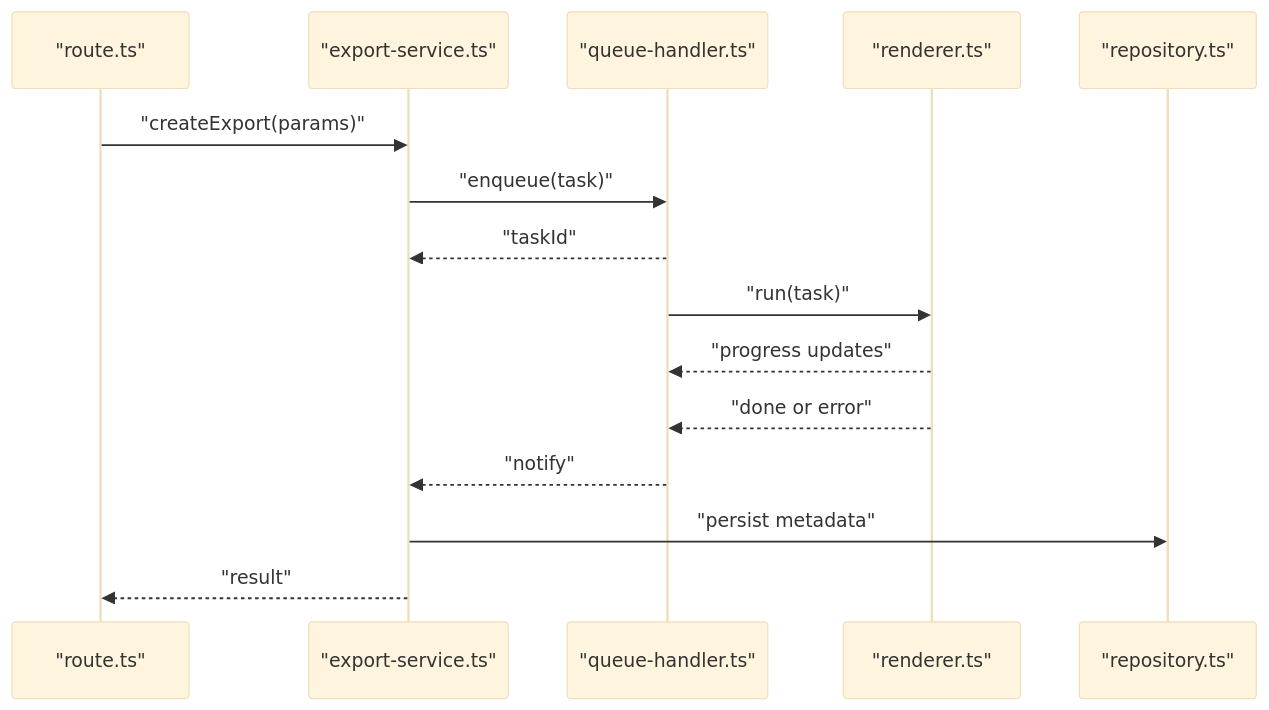
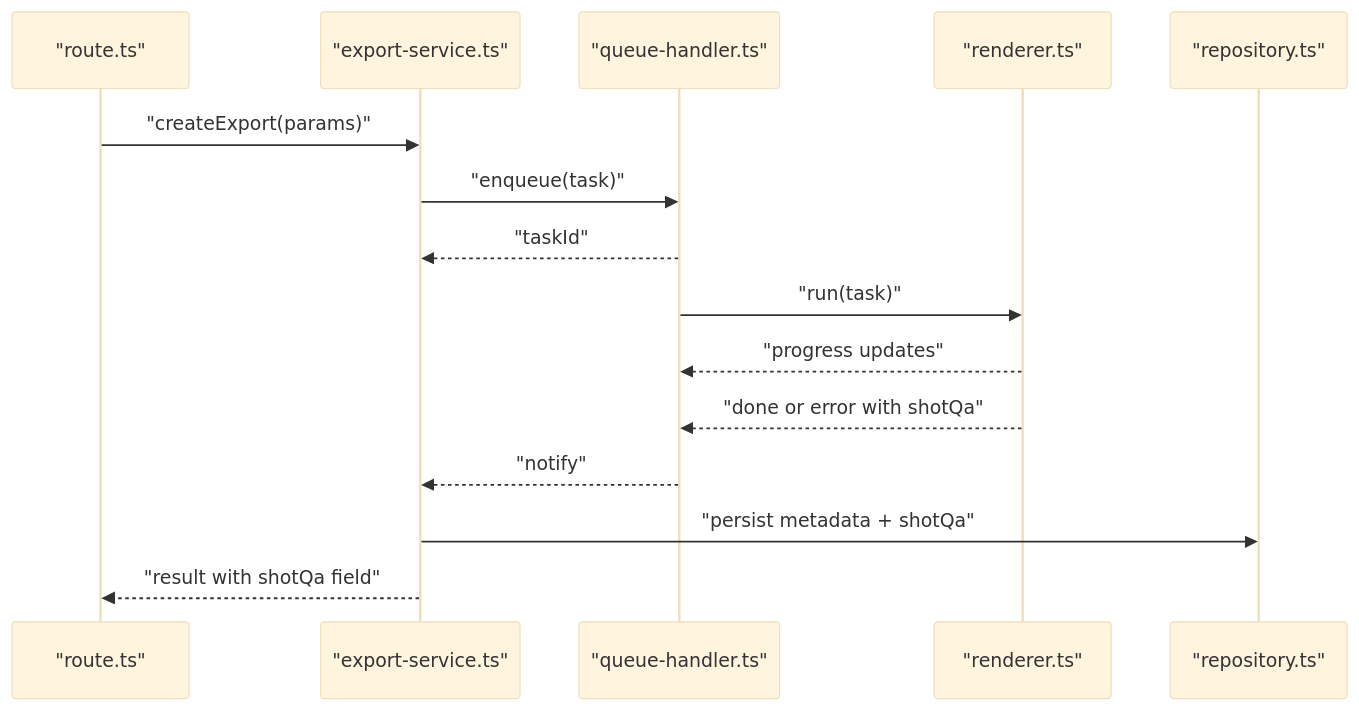
One commit to AIMFllyYS/code-video-canvas changed the seventh of 18 diagrams in .qoder/repowiki/zh/content/架构设计/核心模块设计/渲染引擎设计/渲染引擎设计.md. Above: the diagram before and after it, drawn with Mermaid (base theme). The commit also changed other lines of this file and 7 other files, not shown here.

````diff
--- a/.qoder/repowiki/zh/content/架构设计/核心模块设计/渲染引擎设计/渲染引擎设计.md
+++ b/.qoder/repowiki/zh/content/架构设计/核心模块设计/渲染引擎设计/渲染引擎设计.md
@@ -406,17 +428,17 @@
 ```mermaid
 sequenceDiagram
 participant API as "route.ts"
 participant Exp as "export-service.ts"
 participant Q as "queue-handler.ts"
 participant R as "renderer.ts"
 participant REPO as "repository.ts"
 API->>Exp : "createExport(params)"
 Exp->>Q : "enqueue(task)"
 Q-->>Exp : "taskId"
 Q->>R : "run(task)"
 R-->>Q : "progress updates"
-R-->>Q : "done or error"
+R-->>Q : "done or error with shotQa"
 Q-->>Exp : "notify"
-Exp->>REPO : "persist metadata"
-Exp-->>API : "result"
+Exp->>REPO : "persist metadata + shotQa"
+Exp-->>API : "result with shotQa field"
 ```
````
